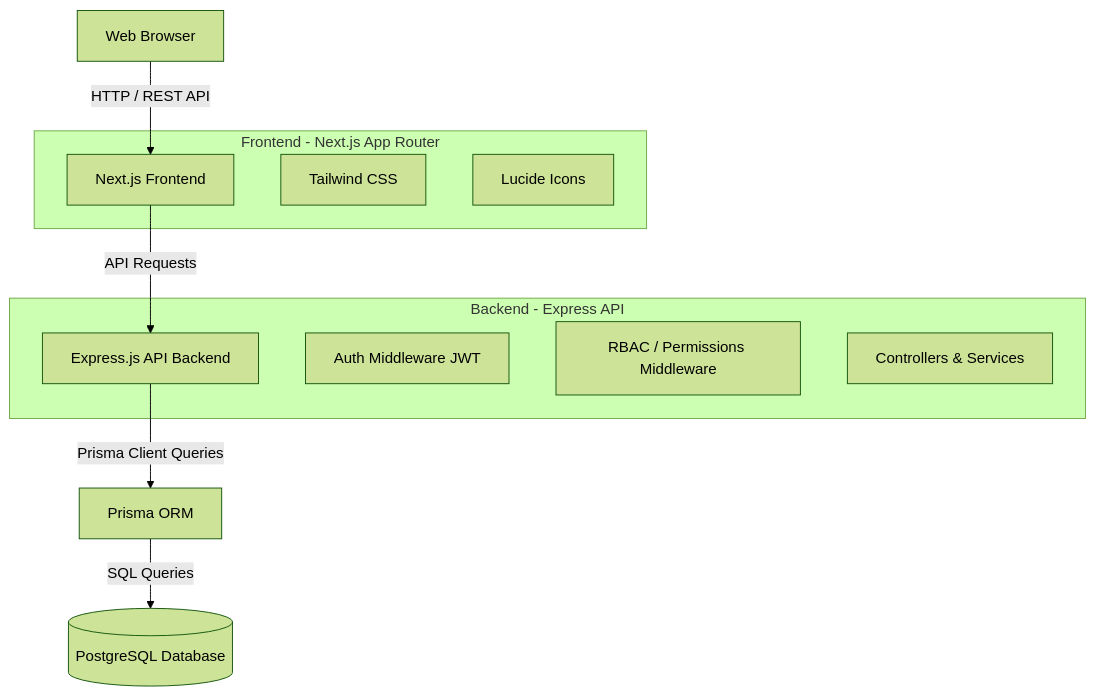
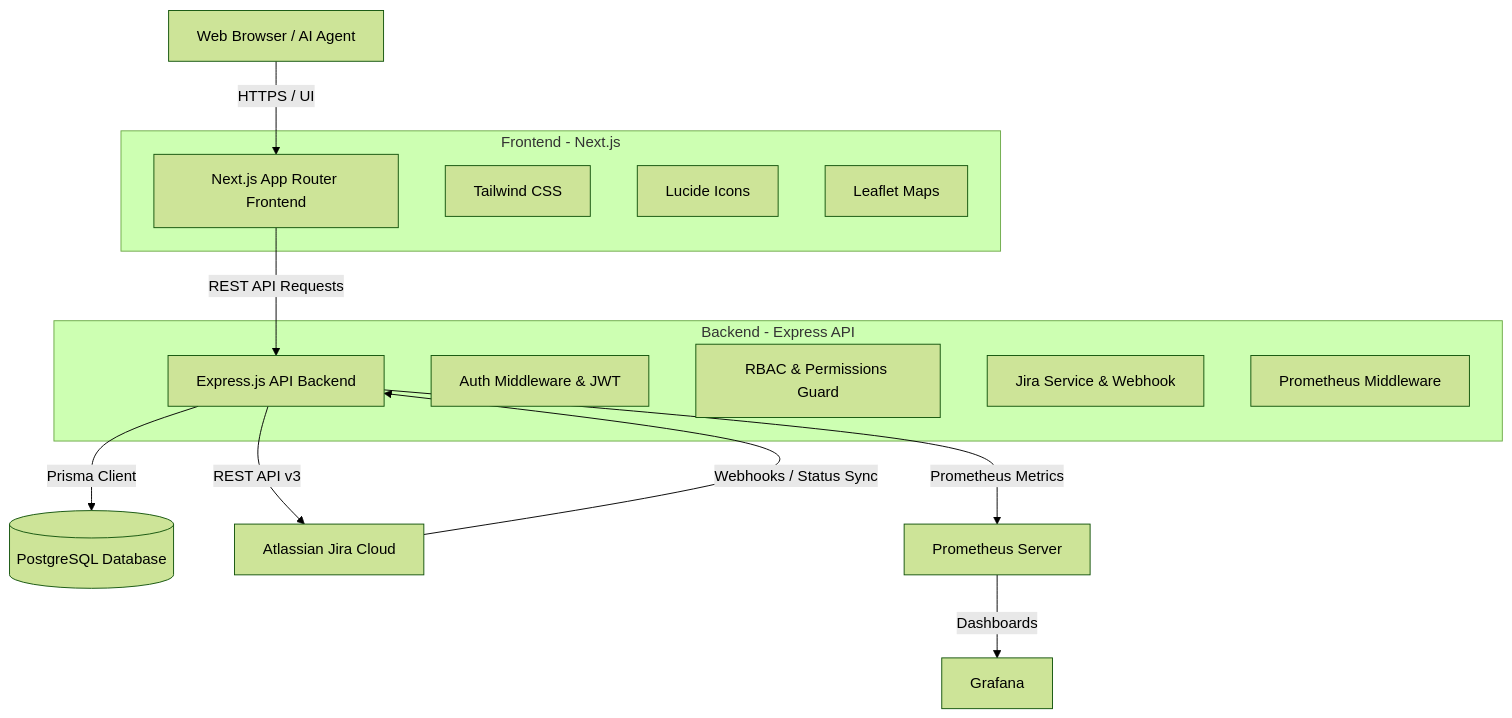
The first of 2 diagrams in README.md (OptimusPrime-45/asd-d_mpr), drawn with Mermaid (forest theme) before and after one commit. The commit also changed other lines of this file and 2 other files, not shown here.

Commit message:
docs: overhaul README with clean architecture and add complete GitHub Actions CI pipeline

````diff
--- a/README.md
+++ b/README.md
@@ -21,20 +26,25 @@
 ```mermaid
 graph TD
-    Client[Web Browser] -->|HTTP / REST API| NextJS[Next.js Frontend]
-    NextJS -->|API Requests| Express[Express.js API Backend]
-    Express -->|Prisma Client Queries| Prisma[Prisma ORM]
-    Prisma -->|SQL Queries| Postgres[(PostgreSQL Database)]
+    Client[Web Browser / AI Agent] -->|HTTPS / UI| NextJS[Next.js App Router Frontend]
+    NextJS -->|REST API Requests| Express[Express.js API Backend]
+    Express -->|Prisma Client| Postgres[(PostgreSQL Database)]
+    Express -->|REST API v3| Jira[Atlassian Jira Cloud]
+    Jira -->|Webhooks / Status Sync| Express
+    Express -->|Prometheus Metrics| Prom[Prometheus Server]
+    Prom -->|Dashboards| Grafana[Grafana]
 
-    subgraph Frontend [Frontend - Next.js App Router]
+    subgraph Frontend [Frontend - Next.js]
         NextJS
         Tailwind[Tailwind CSS]
         Lucide[Lucide Icons]
+        Leaflet[Leaflet Maps]
     end
 
     subgraph Backend [Backend - Express API]
         Express
-        Auth[Auth Middleware JWT]
-        RBAC[RBAC / Permissions Middleware]
-        Controllers[Controllers & Services]
+        Auth[Auth Middleware & JWT]
+        RBAC[RBAC & Permissions Guard]
+        JiraService[Jira Service & Webhook]
+        Metrics[Prometheus Middleware]
     end
 ```
````
